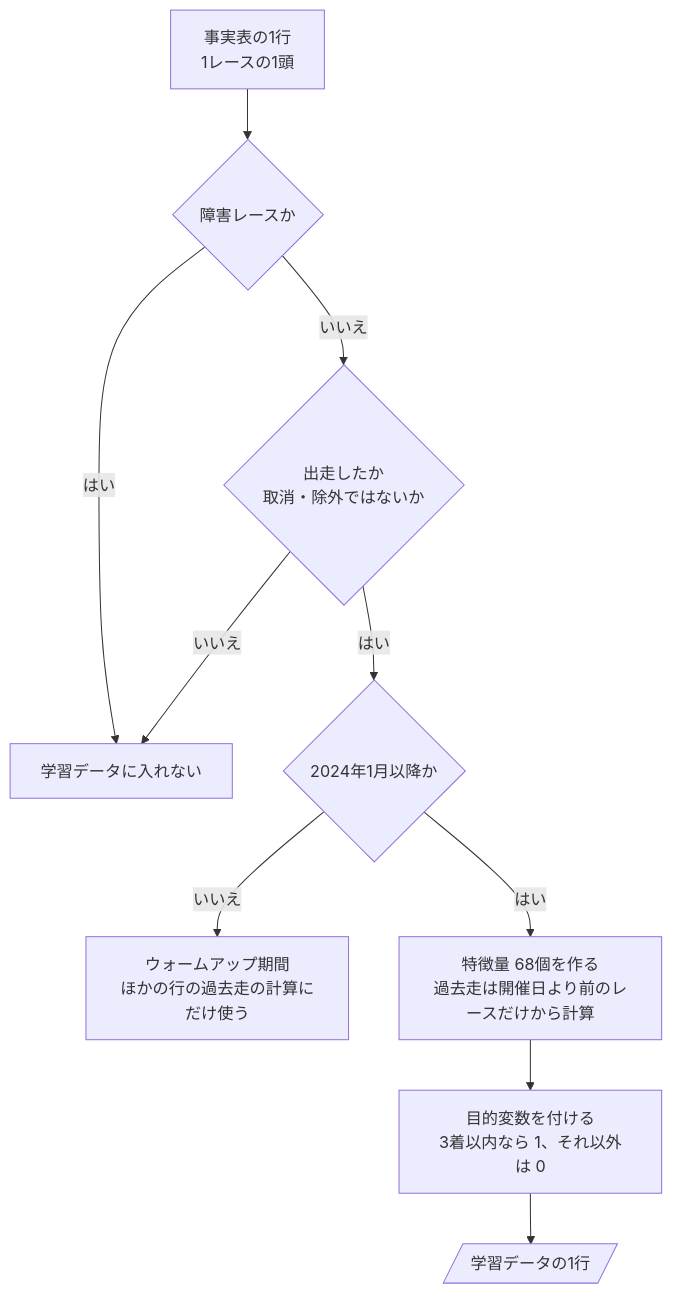
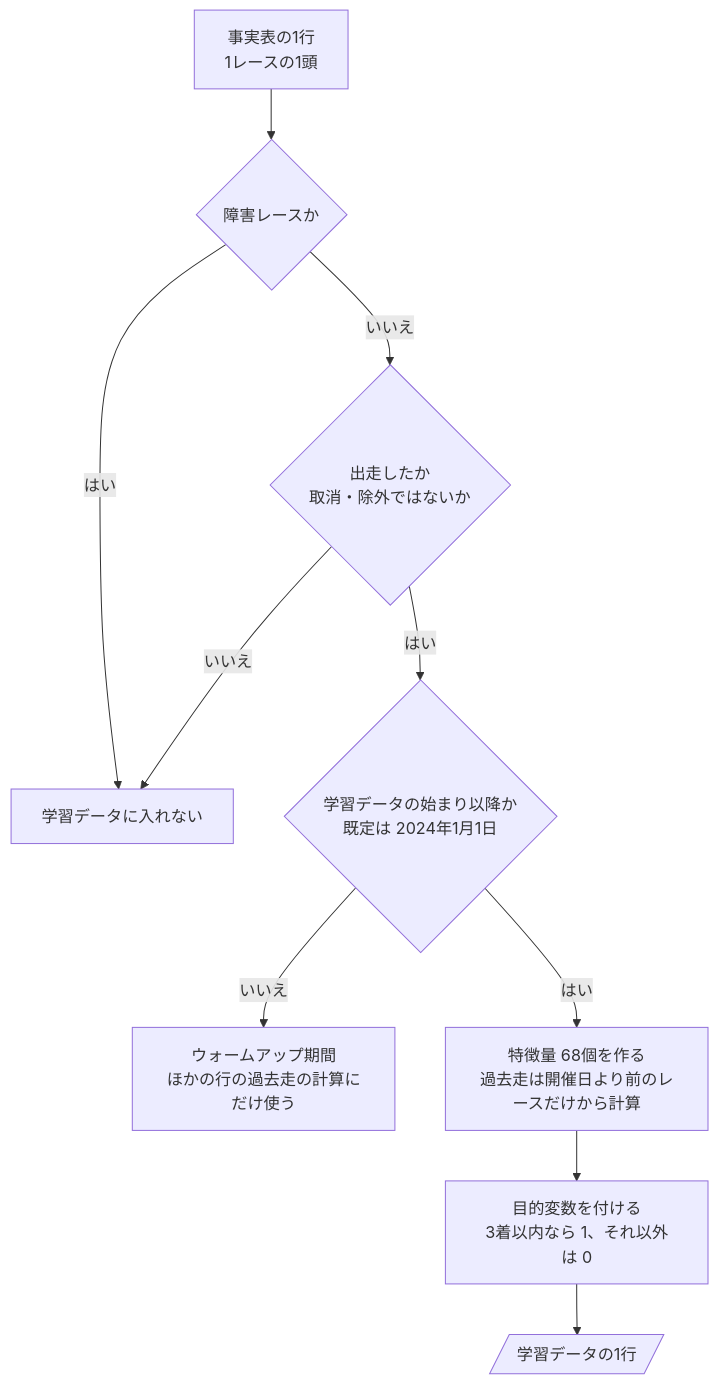
The diagram in docs/design/近走と適性から3着以内を予想/06-flowchart.md (ht-0328/keiba-yosou), drawn with Mermaid before and after one commit. The commit also changed other lines of this file and 35 other files, not shown here.

````diff
--- a/docs/design/近走と適性から3着以内を予想/06-flowchart.md
+++ b/docs/design/近走と適性から3着以内を予想/06-flowchart.md
@@ -26,12 +26,12 @@
 ```mermaid
 flowchart TD
     S["事実表の1行<br>1レースの1頭"] --> Q1{"障害レースか"}
     Q1 -->|はい| X["学習データに入れない"]
     Q1 -->|いいえ| Q2{"出走したか<br>取消・除外ではないか"}
     Q2 -->|いいえ| X
-    Q2 -->|はい| Q3{"2024年1月以降か"}
+    Q2 -->|はい| Q3{"学習データの始まり以降か<br>既定は 2024年1月1日"}
     Q3 -->|いいえ| W["ウォームアップ期間<br>ほかの行の過去走の計算にだけ使う"]
     Q3 -->|はい| F["特徴量 68個を作る<br>過去走は開催日より前のレースだけから計算"]
     F --> T["目的変数を付ける<br>3着以内なら 1、それ以外は 0"]
     T --> R[/"学習データの1行"/]
 ```
````
